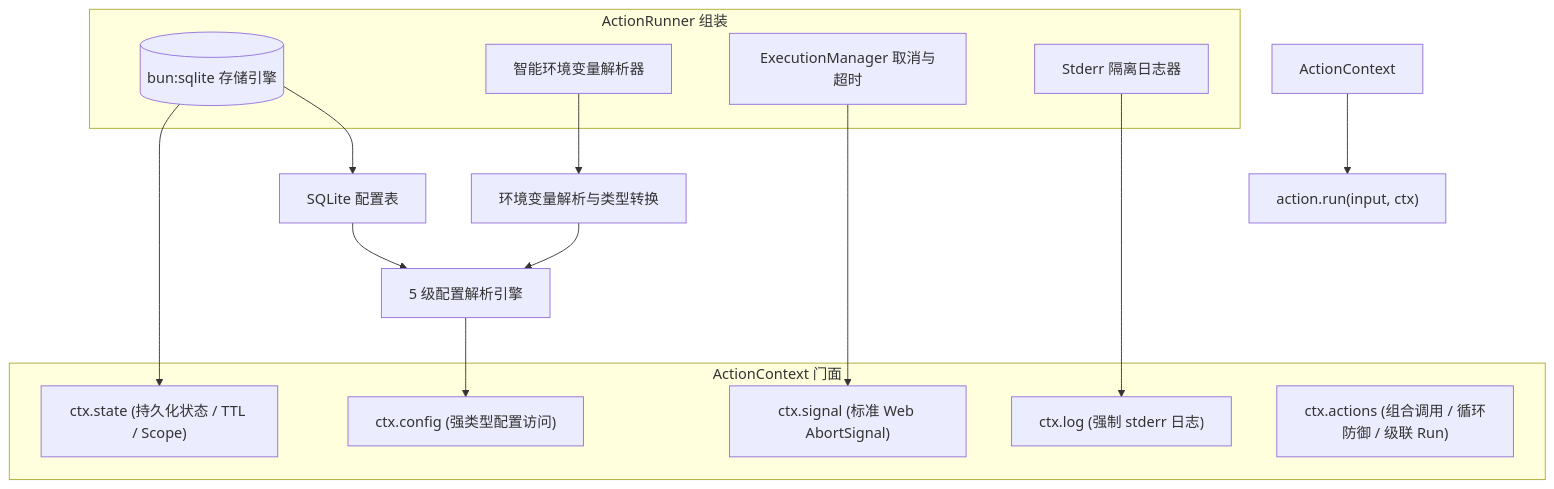
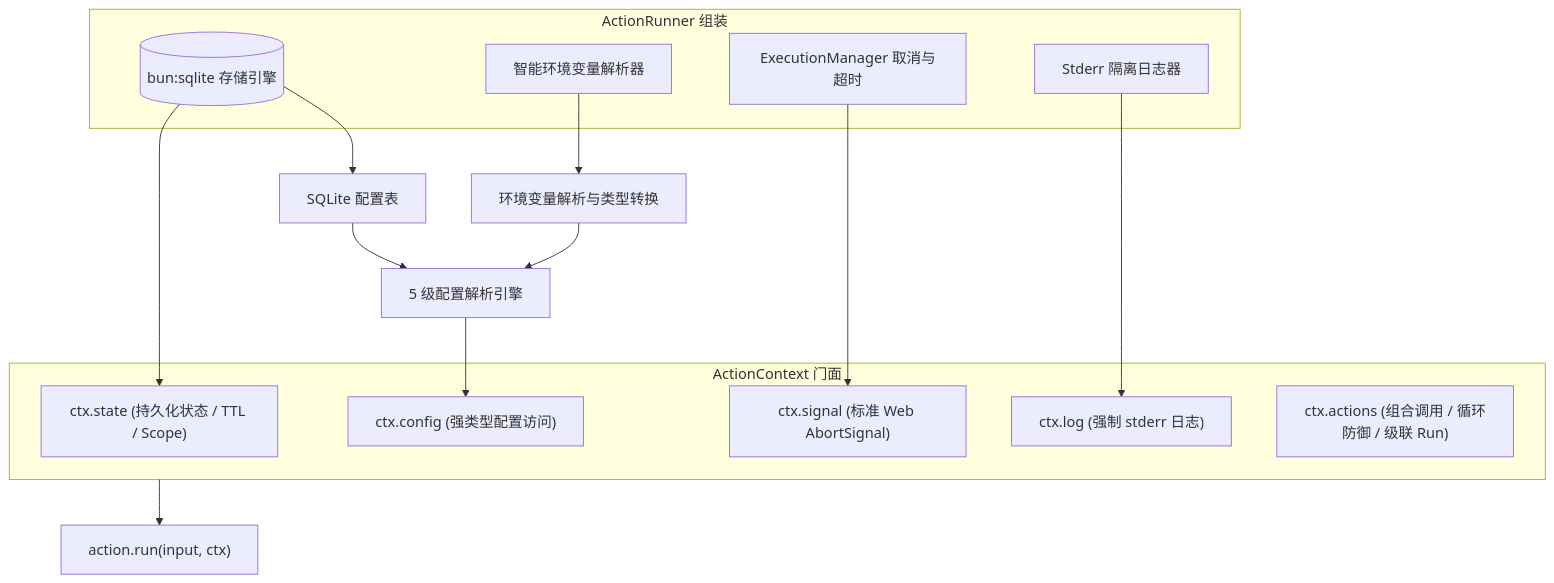
The first of 2 diagrams in docs/action-context.md (team4u/actiondock), drawn with Mermaid before and after one commit. The commit also changed 9 other files, not shown here.

Commit message:
docs: fix Mermaid subgraph identifiers and quote participant labels

````diff
--- a/docs/action-context.md
+++ b/docs/action-context.md
@@ -19,28 +19,28 @@
 ```mermaid
 graph TD
-    subgraph ActionRunner 组装
+    subgraph RUNNER ["ActionRunner 组装"]
         Storage[("bun:sqlite 存储引擎")]
         EnvEngine["智能环境变量解析器"]
         ExecMgr["ExecutionManager 取消与超时"]
         StdErrPipe["Stderr 隔离日志器"]
     end
 
     Storage --> State["ctx.state (持久化状态 / TTL / Scope)"]
     Storage --> ConfDB["SQLite 配置表"]
     EnvEngine --> ConfEnv["环境变量解析与类型转换"]
     ConfDB --> ConfEngine["5 级配置解析引擎"]
     ConfEnv --> ConfEngine
     ConfEngine --> Config["ctx.config (强类型配置访问)"]
     ExecMgr --> Signal["ctx.signal (标准 Web AbortSignal)"]
     StdErrPipe --> Log["ctx.log (强制 stderr 日志)"]
     
-    subgraph ActionContext 门面
+    subgraph CTX ["ActionContext 门面"]
         Config
         State
         Log
         Signal
         Actions["ctx.actions (组合调用 / 循环防御 / 级联 Run)"]
     end
 
-    ActionContext --> ActionRun["action.run(input, ctx)"]
+    CTX --> ActionRun["action.run(input, ctx)"]
 ```
````
